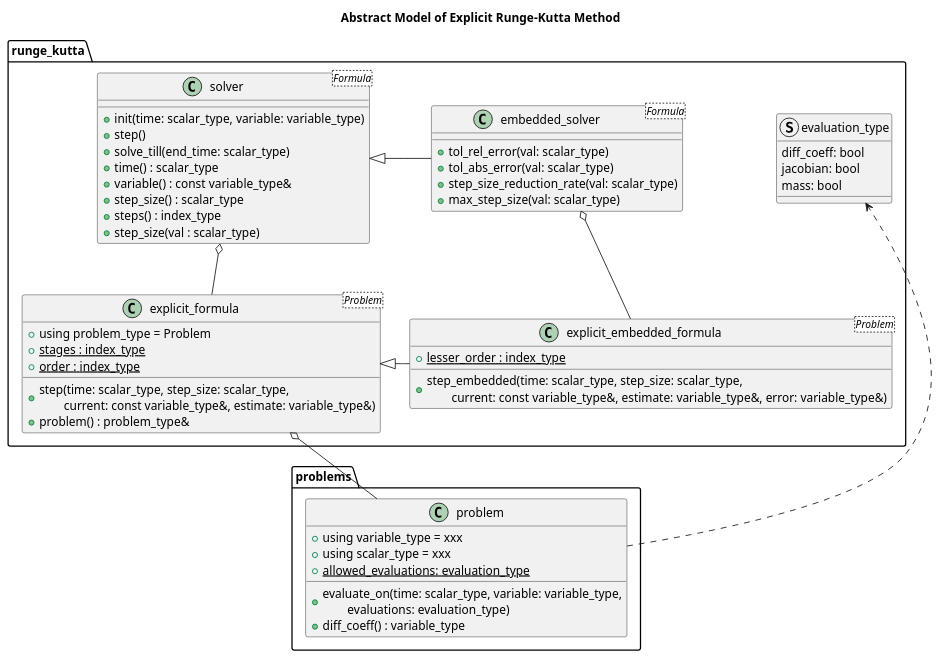
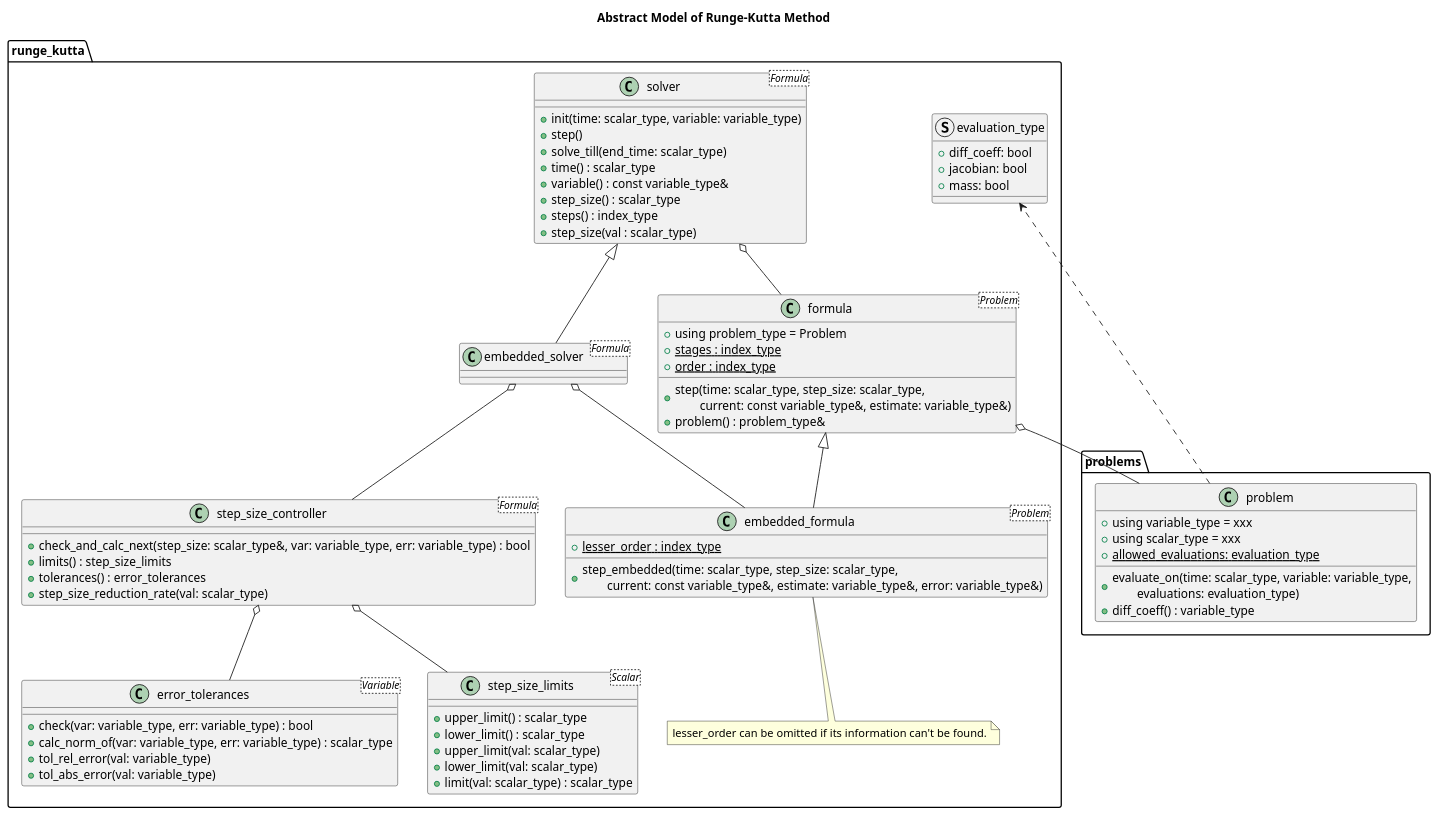
The first of 4 diagrams in doc/sphinx/src/basic_design/ode.rst (MusicScience37/numerical-collection-cpp), drawn with PlantUML before and after one commit. The commit also changed other lines of this file, not shown here.

Commit message:
:books: Modeling of classes for automatic step size calculation.

```diff
--- a/doc/sphinx/src/basic_design/ode.rst
+++ b/doc/sphinx/src/basic_design/ode.rst
@@ -16,12 +16,12 @@
 .. uml::
 
-    title Abstract Model of Explicit Runge-Kutta Method
+    title Abstract Model of Runge-Kutta Method
 
     package runge_kutta {
         struct evaluation_type {
-            diff_coeff: bool
-            jacobian: bool
-            mass: bool
+            + diff_coeff: bool
+            + jacobian: bool
+            + mass: bool
         }
     }
 
@@ -37,20 +37,25 @@
     }
 
     package runge_kutta {
-        class explicit_formula<Problem> {
+        class formula<Problem> {
             + using problem_type = Problem
             {static} + stages : index_type
             {static} + order : index_type
             + step(time: scalar_type, step_size: scalar_type,\n\tcurrent: const variable_type&, estimate: variable_type&)
             + problem() : problem_type&
         }
-        explicit_formula o-- problem
+        formula o-- problem
 
-        class explicit_embedded_formula<Problem> {
+        class embedded_formula<Problem> {
             {static} + lesser_order : index_type
             + step_embedded(time: scalar_type, step_size: scalar_type,\n\tcurrent: const variable_type&, estimate: variable_type&, error: variable_type&)
         }
-        explicit_formula <|- explicit_embedded_formula
+        formula <|-- embedded_formula
+
+        note as lesser_order_note
+            lesser_order can be omitted if its information can't be found.
+        end note
+        lesser_order_note .up. embedded_formula
 
         class solver<Formula> {
             + init(time: scalar_type, variable: variable_type)
@@ -62,14 +67,35 @@
             + steps() : index_type
             + step_size(val : scalar_type)
         }
-        solver o-- explicit_formula
+        solver o-- formula
+
+        class step_size_limits<Scalar> {
+            + upper_limit() : scalar_type
+            + lower_limit() : scalar_type
+            + upper_limit(val: scalar_type)
+            + lower_limit(val: scalar_type)
+            + limit(val: scalar_type) : scalar_type
+        }
+
+        class error_tolerances<Variable> {
+            + check(var: variable_type, err: variable_type) : bool
+            + calc_norm_of(var: variable_type, err: variable_type) : scalar_type
+            + tol_rel_error(val: variable_type)
+            + tol_abs_error(val: variable_type)
+        }
+
+        class step_size_controller<Formula> {
+            + check_and_calc_next(step_size: scalar_type&, var: variable_type, err: variable_type) : bool
+            + limits() : step_size_limits
+            + tolerances() : error_tolerances
+            + step_size_reduction_rate(val: scalar_type)
+        }
+        step_size_controller o-- step_size_limits
+        step_size_controller o-- error_tolerances
 
         class embedded_solver<Formula> {
-            + tol_rel_error(val: scalar_type)
-            + tol_abs_error(val: scalar_type)
-            + step_size_reduction_rate(val: scalar_type)
-            + max_step_size(val: scalar_type)
         }
-        solver <|- embedded_solver
-        embedded_solver o-- explicit_embedded_formula
+        solver <|-- embedded_solver
+        embedded_solver o-- embedded_formula
+        embedded_solver o-- step_size_controller
     }
```
